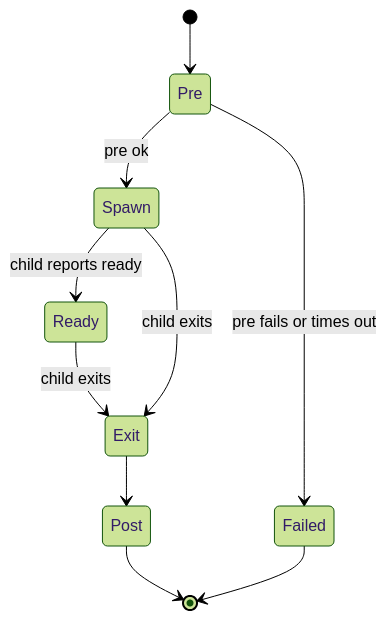
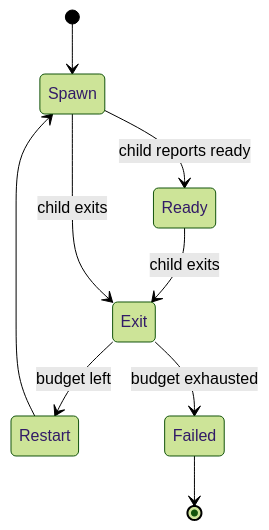
Before and after one commit to virgenherrera/lan-solution-template: the first of 2 diagrams in docs/architecture/declared-services.md, drawn with Mermaid (forest theme). The commit also changed other lines of this file and 4 other files, not shown here.

First line of the commit message:
docs: drop pre and post hooks from declared services

````diff
--- a/docs/architecture/declared-services.md
+++ b/docs/architecture/declared-services.md
@@ -105,12 +109,11 @@
 ```mermaid
 stateDiagram-v2
-    [*] --> Pre
-    Pre --> Spawn: pre ok
-    Pre --> Failed: pre fails or times out
+    [*] --> Spawn
     Spawn --> Ready: child reports ready
     Ready --> Exit: child exits
     Spawn --> Exit: child exits
-    Exit --> Post
-    Post --> [*]
+    Exit --> Restart: budget left
+    Exit --> Failed: budget exhausted
+    Restart --> Spawn
     Failed --> [*]
 ```
````
